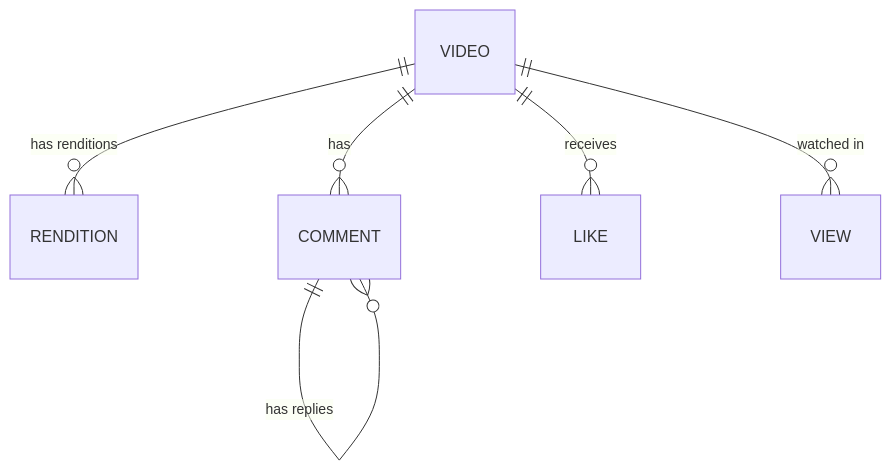
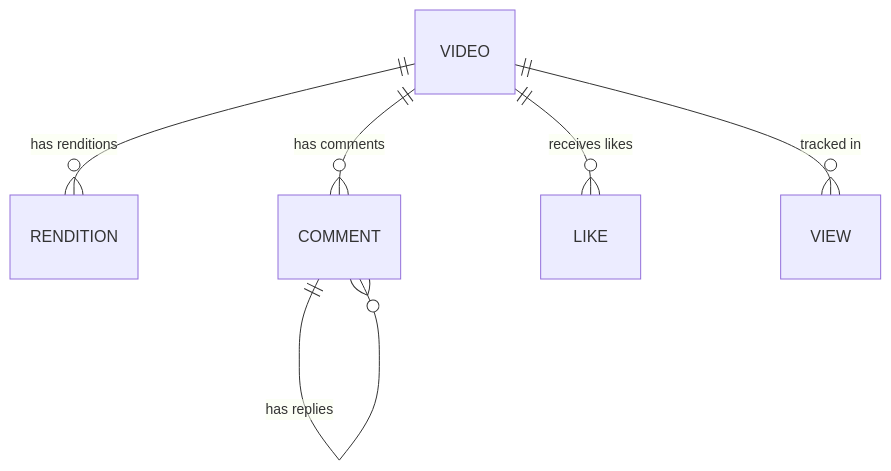
Diagram 15 of 25 in system-design/HLD/0-course/26-Design YouTube-FAANG-Guide-story.md (riyaz-pasha/Learnings), drawn with Mermaid before and after one commit. The commit also changed other lines of this file and 1 other file, not shown here.

Commit message:
docs: simplify language and clean up mermaid diagrams in YouTube design guide

````diff
--- a/system-design/HLD/0-course/26-Design YouTube-FAANG-Guide-story.md
+++ b/system-design/HLD/0-course/26-Design YouTube-FAANG-Guide-story.md
@@ -307,8 +542,8 @@
 ```mermaid
 erDiagram
     VIDEO ||--o{ RENDITION : "has renditions"
-    VIDEO ||--o{ COMMENT : has
-    VIDEO ||--o{ LIKE : receives
-    VIDEO ||--o{ VIEW : "watched in"
+    VIDEO ||--o{ COMMENT : "has comments"
+    VIDEO ||--o{ LIKE : "receives likes"
+    VIDEO ||--o{ VIEW : "tracked in"
     COMMENT ||--o{ COMMENT : "has replies"
 ```
````
